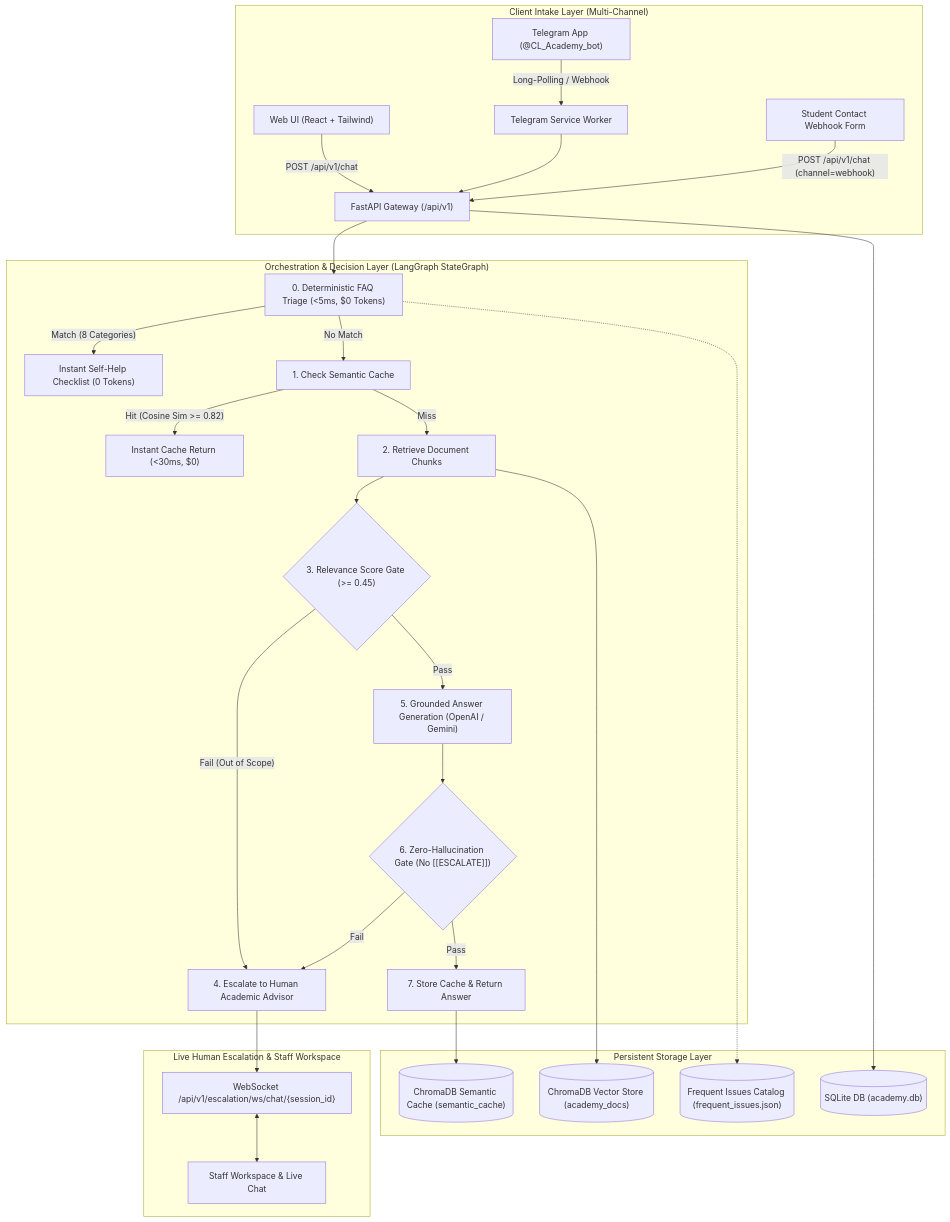
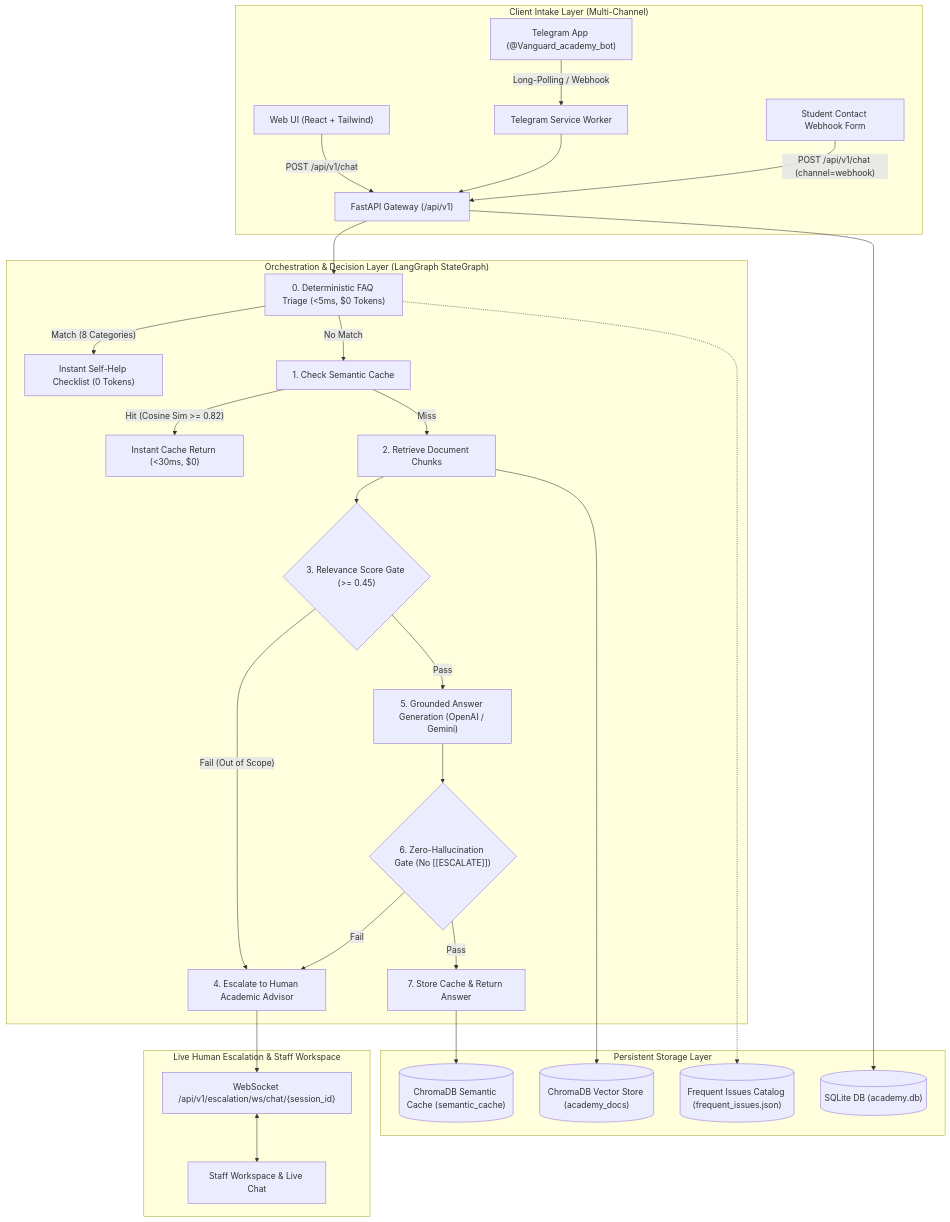
One commit to danieldev-761/prueba_desempenio_ai_daniel_e changed the diagram in README.md. Above: the diagram before and after it, drawn with Mermaid. The commit also changed 10 other files, not shown here.

Commit message:
chore: update telegram bot username to Vanguard_academy_bot across entire platform

````diff
--- a/README.md
+++ b/README.md
@@ -16,35 +16,35 @@
 ```mermaid
 graph TD
     subgraph "Client Intake Layer (Multi-Channel)"
         WebClient["Web UI (React + Tailwind)"] -->|"POST /api/v1/chat"| FastAPIGateway
-        TelegramClient["Telegram App (@CL_Academy_bot)"] -->|"Long-Polling / Webhook"| TelegramWorker["Telegram Service Worker"]
+        TelegramClient["Telegram App (@Vanguard_academy_bot)"] -->|"Long-Polling / Webhook"| TelegramWorker["Telegram Service Worker"]
         TelegramWorker --> FastAPIGateway["FastAPI Gateway (/api/v1)"]
         WebhookClient["Student Contact Webhook Form"] -->|"POST /api/v1/chat (channel=webhook)"| FastAPIGateway
     end
 
     subgraph "Orchestration & Decision Layer (LangGraph StateGraph)"
         FastAPIGateway --> Triage["0. Deterministic FAQ Triage (<5ms, $0 Tokens)"]
         Triage -->|"Match (8 Categories)"| ReturnTriage["Instant Self-Help Checklist (0 Tokens)"]
         Triage -->|"No Match"| CheckCache["1. Check Semantic Cache"]
         CheckCache -->|"Hit (Cosine Sim >= 0.82)"| ReturnCache["Instant Cache Return (<30ms, $0)"]
         CheckCache -->|"Miss"| Retrieve["2. Retrieve Document Chunks"]
         Retrieve --> RelevanceGate{"3. Relevance Score Gate (>= 0.45)"}
         RelevanceGate -->|"Fail (Out of Scope)"| Escalate["4. Escalate to Human Academic Advisor"]
         RelevanceGate -->|"Pass"| Generate["5. Grounded Answer Generation (OpenAI / Gemini)"]
         Generate --> GroundingGate{"6. Zero-Hallucination Gate (No [[ESCALATE]])"}
         GroundingGate -->|"Fail"| Escalate
         GroundingGate -->|"Pass"| Finalize["7. Store Cache & Return Answer"]
     end
 
     subgraph "Live Human Escalation & Staff Workspace"
         Escalate --> LiveChatWS["WebSocket /api/v1/escalation/ws/chat/{session_id}"]
         LiveChatWS <--> AdminPortal["Staff Workspace & Live Chat"]
     end
 
     subgraph "Persistent Storage Layer"
         Triage -.-> FAQJson[("Frequent Issues Catalog (frequent_issues.json)")]
         Retrieve --> ChromaDB[("ChromaDB Vector Store (academy_docs)")]
         Finalize --> ChromaCache[("ChromaDB Semantic Cache (semantic_cache)")]
         FastAPIGateway --> SQLite[("SQLite DB (academy.db)")]
     end
 ```
````
